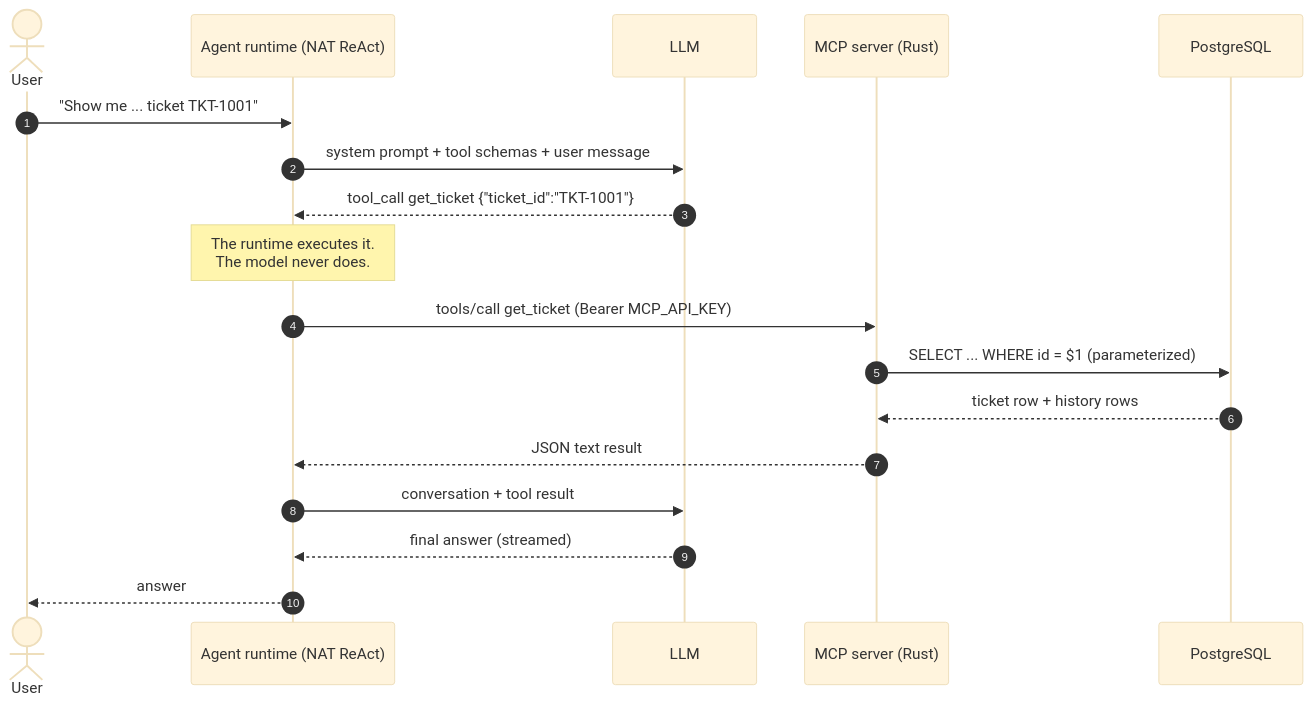
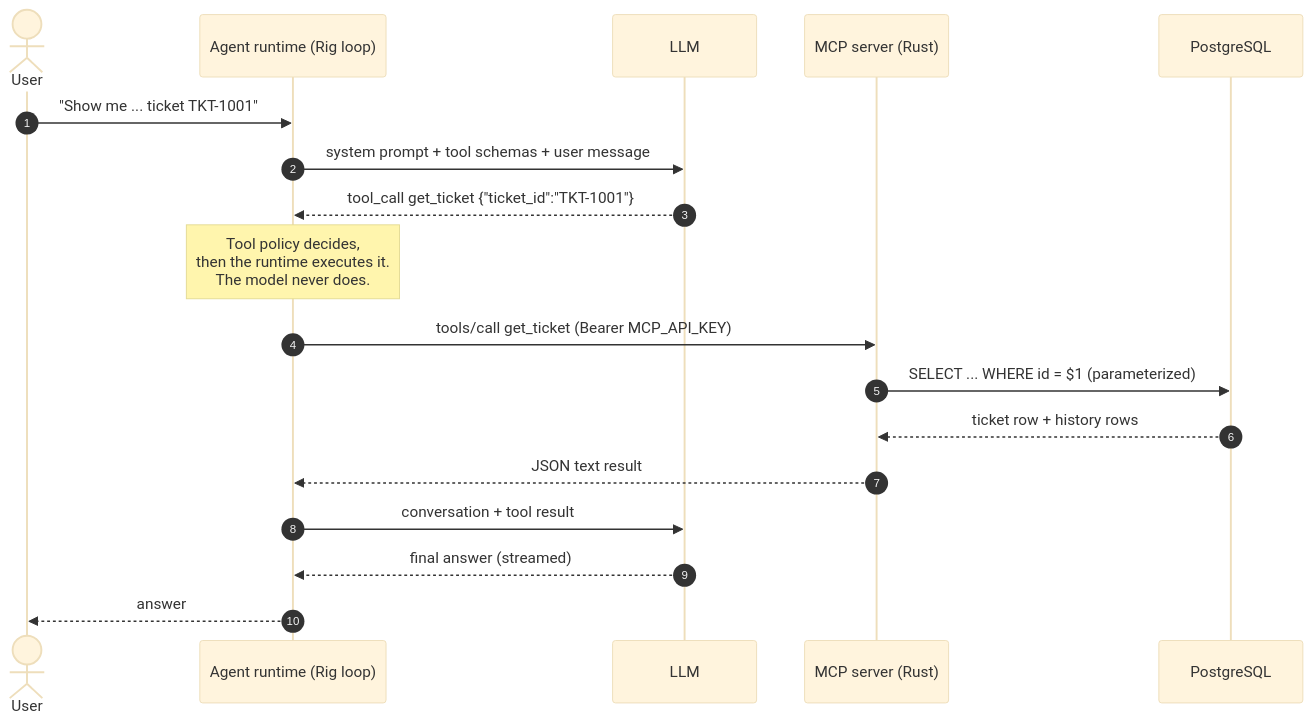
The second of 2 diagrams in docs/concepts/01-agents-and-agent-loops.md (cognokratos/simple-agent-template), drawn with Mermaid (base theme) before and after one commit. The commit also changed other lines of this file and 150 other files, not shown here.

First line of the commit message:
Promote the Rig + Rust agent to main and rewrite the curriculum around it (#12)

````diff
--- a/docs/concepts/01-agents-and-agent-loops.md
+++ b/docs/concepts/01-agents-and-agent-loops.md
@@ -108,21 +107,21 @@
 ```mermaid
 sequenceDiagram
     autonumber
     actor User
-    participant RT as Agent runtime (NAT ReAct)
+    participant RT as Agent runtime (Rig loop)
     participant LLM
     participant MCP as MCP server (Rust)
     participant DB as PostgreSQL
 
     User->>RT: "Show me ... ticket TKT-1001"
     RT->>LLM: system prompt + tool schemas + user message
     LLM-->>RT: tool_call get_ticket {"ticket_id":"TKT-1001"}
-    Note over RT: The runtime executes it.<br/>The model never does.
+    Note over RT: Tool policy decides,<br/>then the runtime executes it.<br/>The model never does.
     RT->>MCP: tools/call get_ticket (Bearer MCP_API_KEY)
     MCP->>DB: SELECT ... WHERE id = $1 (parameterized)
     DB-->>MCP: ticket row + history rows
     MCP-->>RT: JSON text result
     RT->>LLM: conversation + tool result
     LLM-->>RT: final answer (streamed)
     RT-->>User: answer
 ```
````
